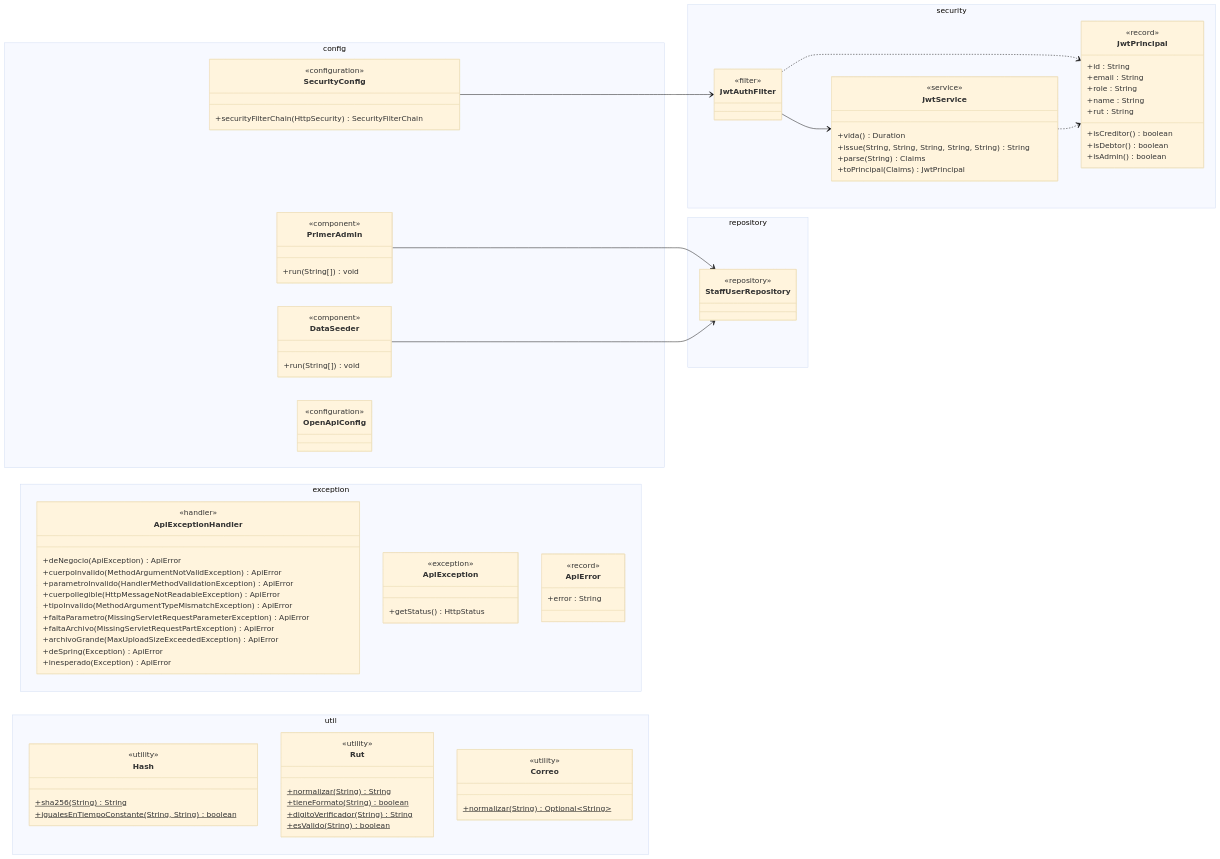
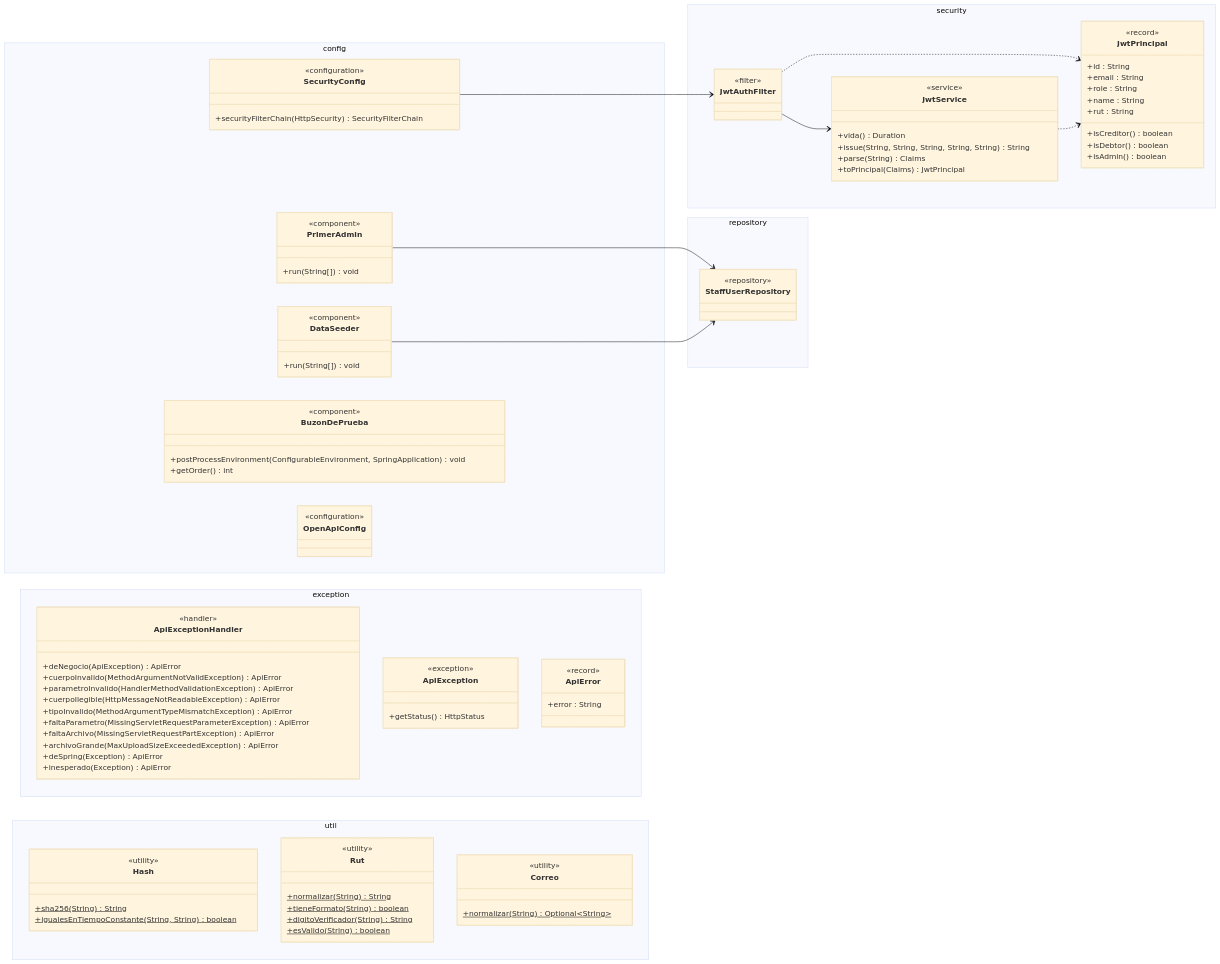
Before and after one commit to TechnicalBridge/DataBridge: the fourth of 17 diagrams in docs/diagramas/clases.md, drawn with Mermaid (base theme). The commit also changed other lines of this file and 19 other files, not shown here.

```diff
--- a/docs/diagramas/clases.md
+++ b/docs/diagramas/clases.md
@@ -449,6 +466,11 @@
         class DataSeeder {
             <<component>>
             +run(String[]) void
+        }
+        class BuzonDePrueba {
+            <<component>>
+            +postProcessEnvironment(ConfigurableEnvironment, SpringApplication) void
+            +getOrder() int
         }
         class OpenApiConfig {
             <<configuration>>
```
